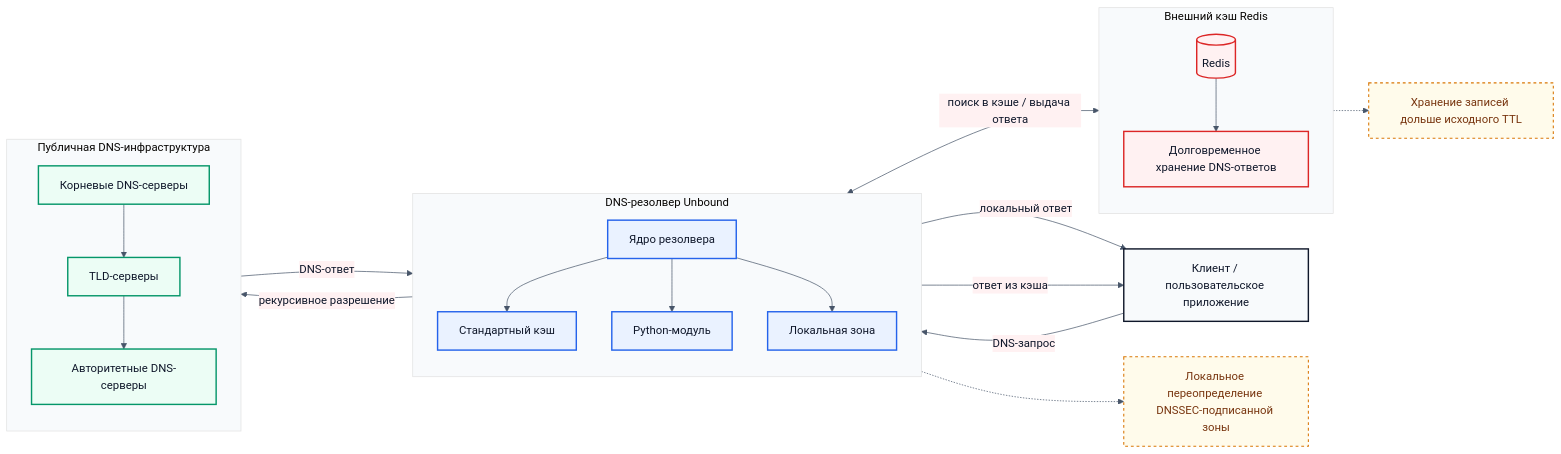
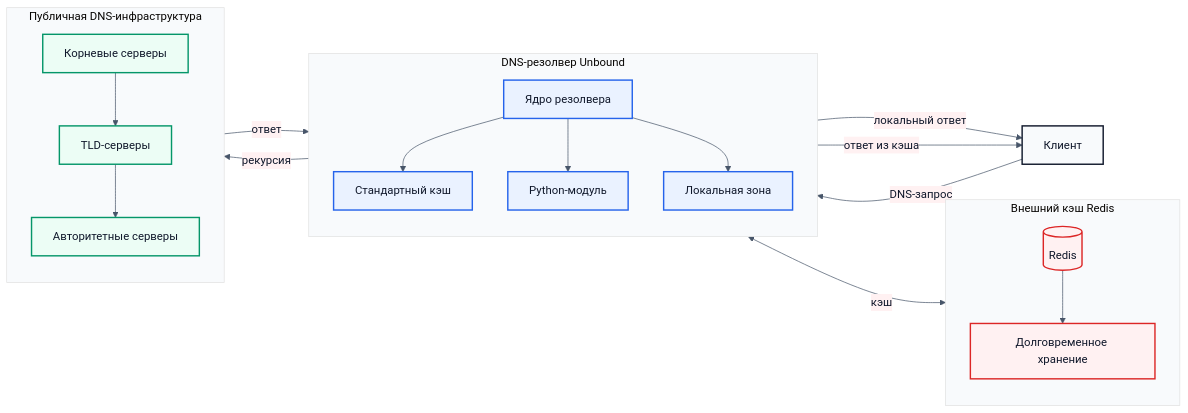
Before and after one commit to Samoilov2004/dns-cache-project: the diagram in README.md, drawn with Mermaid. The commit also changed other lines of this file, not shown here.

````diff
--- a/README.md
+++ b/README.md
@@ -82,75 +22,63 @@
 ```mermaid
 %%{init: {
   "theme": "base",
   "themeVariables": {
     "background": "#ffffff",
     "primaryColor": "#EAF2FF",
     "primaryTextColor": "#0F172A",
     "primaryBorderColor": "#2563EB",
     "lineColor": "#475569",
     "secondaryColor": "#FFF1F2",
     "tertiaryColor": "#F8FAFC",
     "fontFamily": "Inter, Arial, sans-serif",
     "fontSize": "16px"
   }
 }}%%
 
 flowchart LR
-    client["Клиент / пользовательское приложение"]
+    client["Клиент"]
 
     subgraph unbound["DNS-резолвер Unbound"]
         direction TB
         u0["Ядро резолвера"]
         u1["Стандартный кэш"]
         u2["Python-модуль"]
         u3["Локальная зона"]
     end
 
     subgraph redis["Внешний кэш Redis"]
         direction TB
         r1[("Redis")]
-        r2["Долговременное хранение DNS-ответов"]
+        r2["Долговременное хранение"]
     end
 
     subgraph publicdns["Публичная DNS-инфраструктура"]
         direction TB
-        p1["Корневые DNS-серверы"]
+        p1["Корневые серверы"]
         p2["TLD-серверы"]
-        p3["Авторитетные DNS-серверы"]
+        p3["Авторитетные серверы"]
     end
 
-    note1["Хранение записей дольше исходного TTL"]
-    note2["Локальное переопределение DNSSEC-подписанной зоны"]
-
     client -->|"DNS-запрос"| u0
-
     u0 --> u1
     u0 --> u2
     u0 --> u3
-
-    u2 <-->|"поиск в кэше / выдача ответа"| r1
+    u2 <-->|"кэш"| r1
     r1 --> r2
-
-    u0 -->|"рекурсивное разрешение"| p1
+    u0 -->|"рекурсия"| p1
     p1 --> p2
     p2 --> p3
-    p3 -->|"DNS-ответ"| u0
-
+    p3 -->|"ответ"| u0
     u3 -->|"локальный ответ"| client
     u1 -->|"ответ из кэша"| client
-
-    r2 -.-> note1
-    u3 -.-> note2
 
     classDef clientStyle fill:#F8FAFC,stroke:#0F172A,stroke-width:2px,color:#0F172A;
     classDef unboundStyle fill:#EAF2FF,stroke:#2563EB,stroke-width:2px,color:#0F172A;
     classDef redisStyle fill:#FFF1F2,stroke:#DC2626,stroke-width:2px,color:#0F172A;
     classDef dnsStyle fill:#ECFDF5,stroke:#059669,stroke-width:2px,color:#0F172A;
-    classDef noteStyle fill:#FFFBEB,stroke:#D97706,stroke-width:1.5px,color:#78350F,stroke-dasharray: 4 4;
 
     class client clientStyle;
     class u0,u1,u2,u3 unboundStyle;
     class r1,r2 redisStyle;
     class p1,p2,p3 dnsStyle;
-    class note1,note2 noteStyle;
 ```
````
